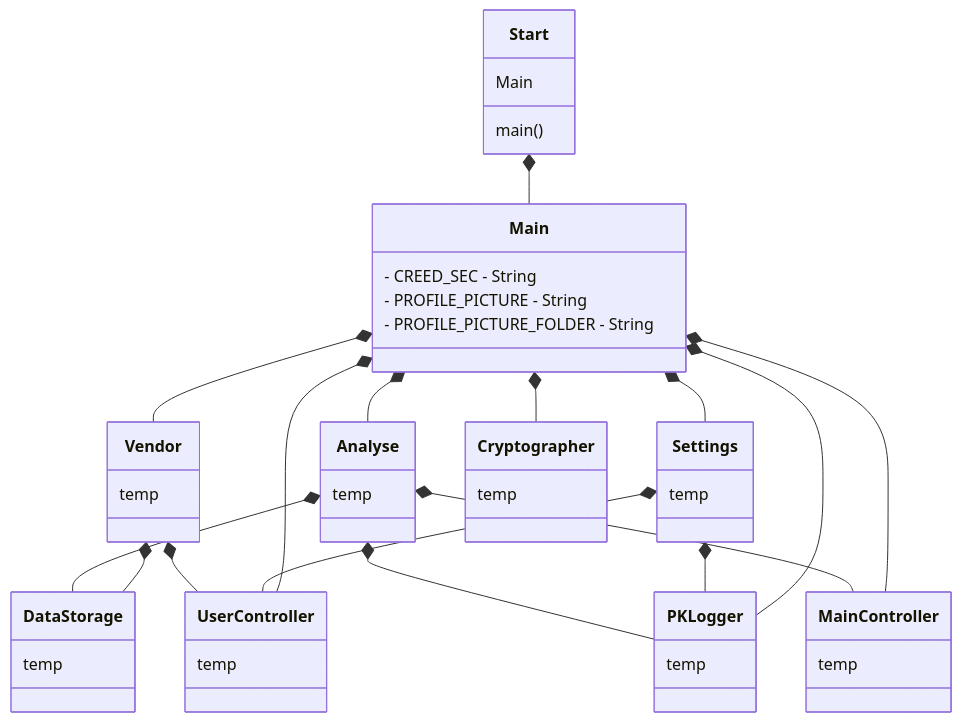
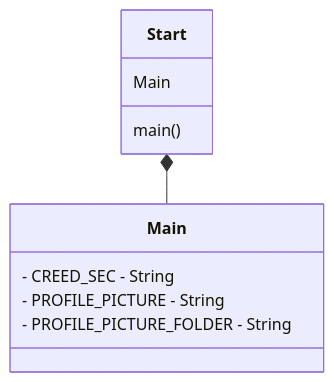
One commit to Philipp3107/PLAT_GUI_ENTWURF changed the diagram in src/main/java/org/flimwip/design/Documentationhandler/Temp.mmd. Above: the diagram before and after it, drawn with Mermaid. The commit also changed 4 other files, not shown here.

```diff
--- a/src/main/java/org/flimwip/design/Documentationhandler/Temp.mmd
+++ b/src/main/java/org/flimwip/design/Documentationhandler/Temp.mmd
@@ -1,35 +1,10 @@
 classDiagram
     Start: Main
     Start: main()
 
     Main: - CREED_SEC - String
     Main: - PROFILE_PICTURE - String
     Main: - PROFILE_PICTURE_FOLDER - String
 
-    Vendor: temp
-    Analyse: temp
-    MainController: temp
-    UserController: temp
-    PKLogger: temp
-    Settings: temp
-    Cryptographer: temp
-    DataStorage: temp
 
     Start *-- Main
-    Main *--Vendor
-    Main *-- Analyse
-    Main *-- Settings
-    Main *-- MainController
-    Main *-- UserController
-    Main *-- PKLogger
-    Main *-- Cryptographer
-
-    Settings*--PKLogger
-    Settings*--UserController
-
-    Vendor *-- DataStorage
-    Vendor *-- UserController
-
-    Analyse *-- PKLogger
-    Analyse *-- DataStorage
-    Analyse *-- MainController
```
